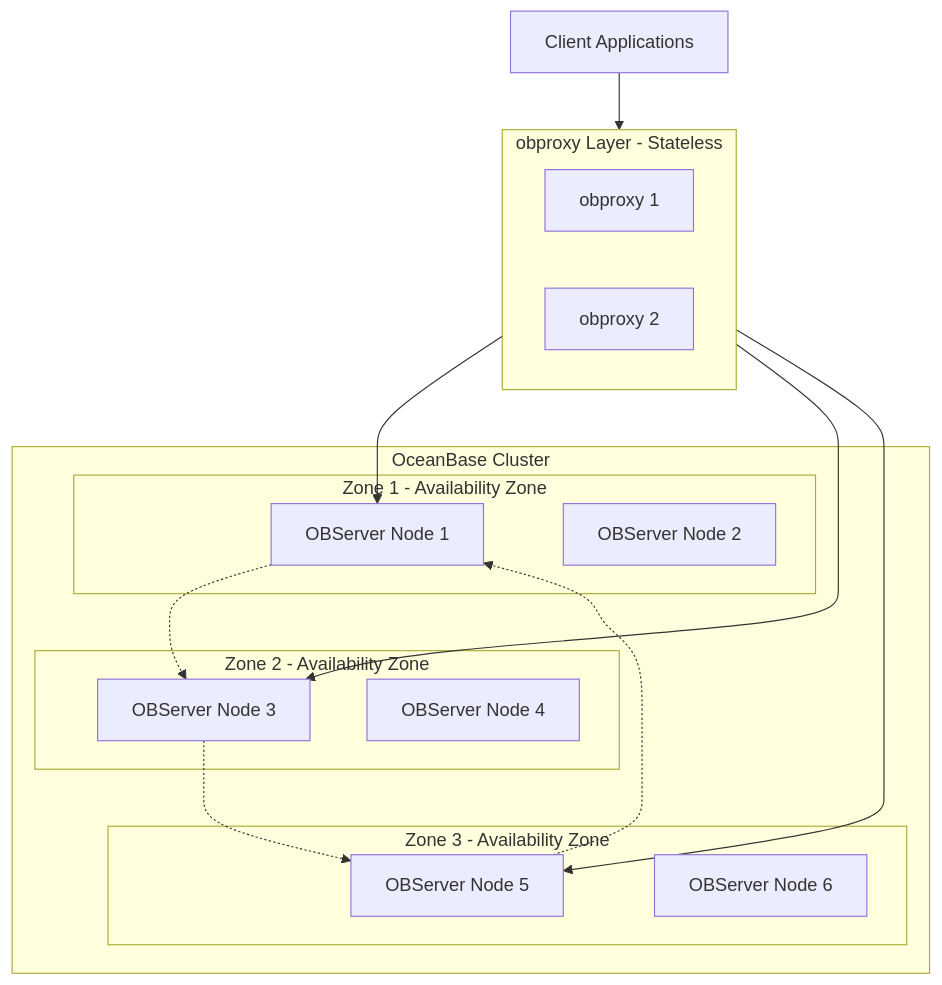
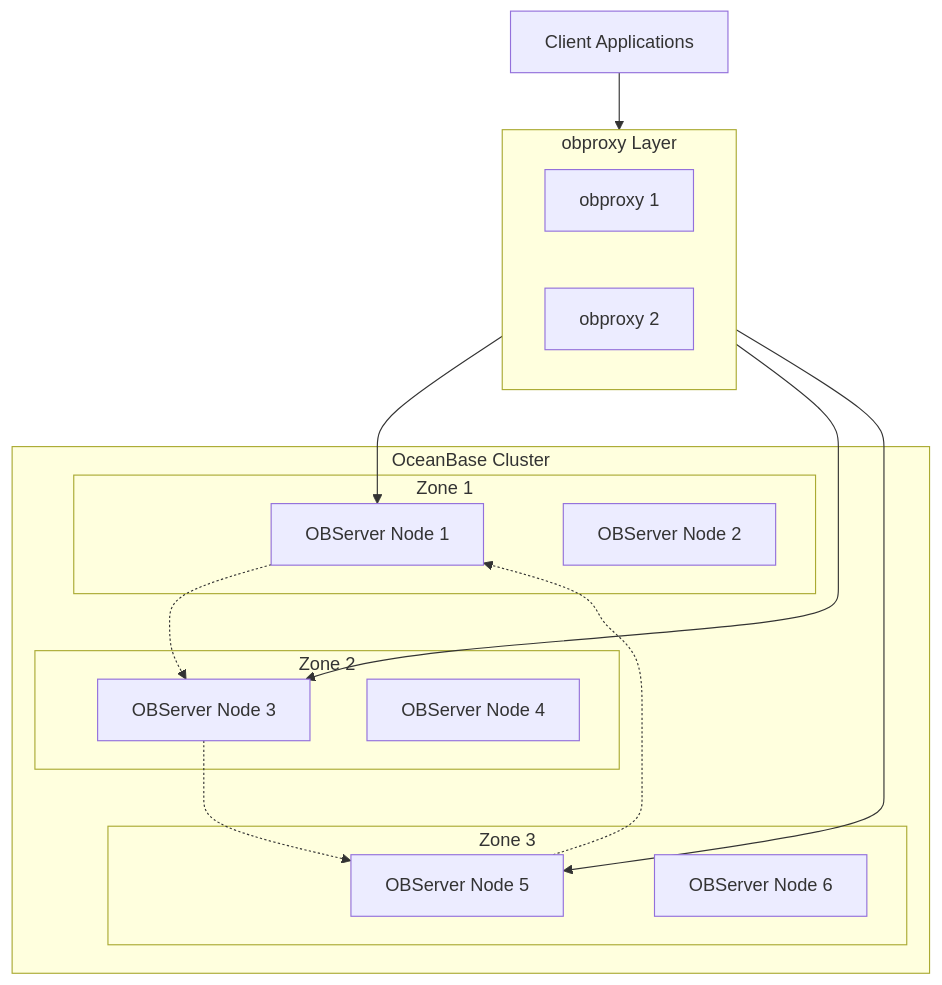
The first of 8 diagrams in content/posts/2026-01-17-oceanbase-internals-transaction-replay-sql-unit-placement.md (jackysp/blog), drawn with Mermaid before and after one commit. The commit also changed other lines of this file, not shown here.

````diff
--- a/content/posts/2026-01-17-oceanbase-internals-transaction-replay-sql-unit-placement.md
+++ b/content/posts/2026-01-17-oceanbase-internals-transaction-replay-sql-unit-placement.md
@@ -27,31 +27,31 @@
 ```mermaid
 graph TB
     subgraph Cluster["OceanBase Cluster"]
-        subgraph Z1["Zone 1 - Availability Zone"]
+        subgraph Z1["Zone 1"]
             N1["OBServer Node 1"]
             N2["OBServer Node 2"]
         end
-        subgraph Z2["Zone 2 - Availability Zone"]
+        subgraph Z2["Zone 2"]
             N3["OBServer Node 3"]
             N4["OBServer Node 4"]
         end
-        subgraph Z3["Zone 3 - Availability Zone"]
+        subgraph Z3["Zone 3"]
             N5["OBServer Node 5"]
             N6["OBServer Node 6"]
         end
     end
     
-    subgraph Proxy["obproxy Layer - Stateless"]
+    subgraph Proxy["obproxy Layer"]
         P1["obproxy 1"]
         P2["obproxy 2"]
     end
     
     Client["Client Applications"] --> Proxy
     Proxy --> N1
     Proxy --> N3
     Proxy --> N5
     
     N1 -.-> N3
     N3 -.-> N5
     N5 -.-> N1
 ```
````
